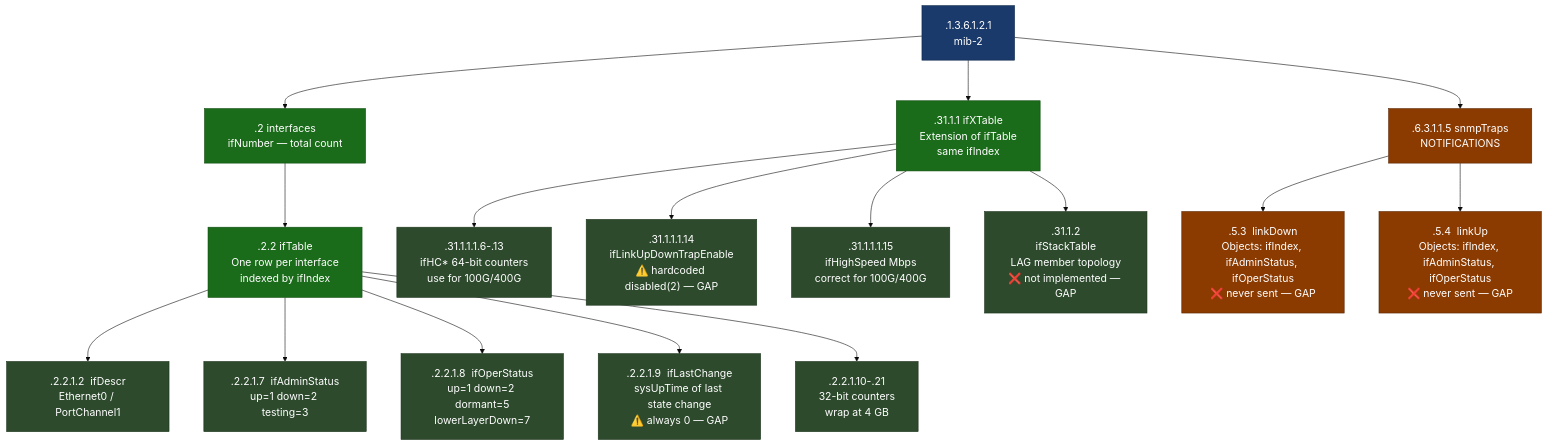
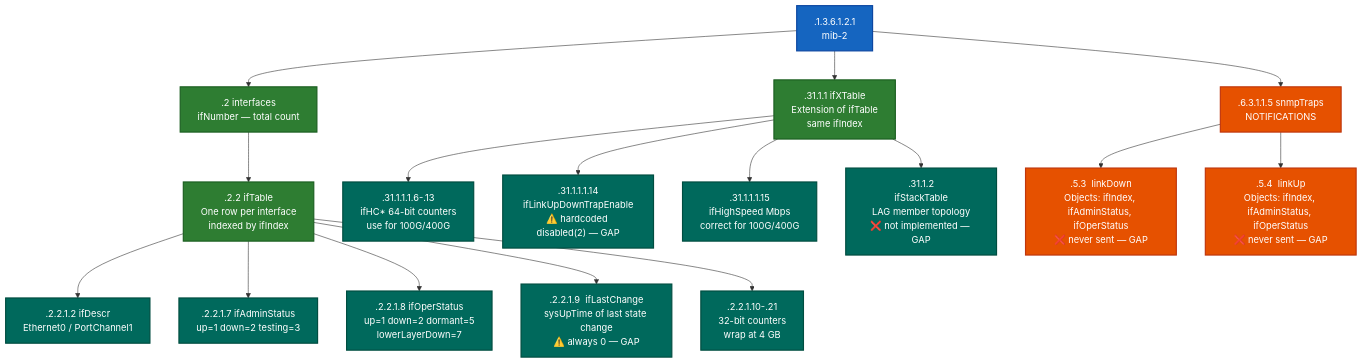
Before and after one commit to thongal-upscale/sonic-snmpagent: the fifth of 17 diagrams in docs/nms_compliance_gaps.md, drawn with Mermaid. The commit also changed other lines of this file, not shown here.

Commit message:
docs: redesign diagrams with vibrant colors, expand pytest lifecycle, add BGP AgentX container

````diff
--- a/docs/nms_compliance_gaps.md
+++ b/docs/nms_compliance_gaps.md
@@ -344,32 +409,31 @@
 ```mermaid
-%%{init: {'theme': 'base', 'themeVariables': {'fontSize': '18px', 'lineHeight': '1.5'}, 'flowchart': {'nodeSpacing': 60, 'rankSpacing': 70, 'padding': 20}, 'sequence': {'actorFontSize': 18, 'noteFontSize': 17, 'messageFontSize': 17}}}%%
 graph TD
-    classDef root fill:#1a3a6b,color:#fff,stroke:#0d2545
-    classDef table fill:#1a6b1a,color:#fff,stroke:#0d4a0d
-    classDef obj fill:#2d4a2d,color:#fff,stroke:#1a331a
-    classDef notif fill:#8b3a00,color:#fff,stroke:#5a2500
+    classDef root fill:#1565C0,color:#fff,stroke:#0D47A1,stroke-width:2px
+    classDef table fill:#2E7D32,color:#fff,stroke:#1B5E20,stroke-width:2px
+    classDef obj fill:#00695C,color:#fff,stroke:#004D40,stroke-width:2px
+    classDef notif fill:#E65100,color:#fff,stroke:#BF360C,stroke-width:2px
 
     ROOT[".1.3.6.1.2.1\nmib-2"]:::root
     IF[".2  interfaces\nifNumber — total count"]:::table
     IFTABLE[".2.2  ifTable\nOne row per interface\nindexed by ifIndex"]:::table
     IFXTABLE[".31.1.1  ifXTable\nExtension of ifTable\nsame ifIndex"]:::table
     NOTIF[".6.3.1.1.5  snmpTraps\nNOTIFICATIONS"]:::notif
 
     ROOT --> IF --> IFTABLE
     ROOT --> IFXTABLE
     ROOT --> NOTIF
 
     IFTABLE --> D1[".2.2.1.2  ifDescr\nEthernet0 / PortChannel1"]:::obj
     IFTABLE --> D2[".2.2.1.7  ifAdminStatus\nup=1 down=2 testing=3"]:::obj
     IFTABLE --> D3[".2.2.1.8  ifOperStatus\nup=1 down=2 dormant=5\nlowerLayerDown=7"]:::obj
     IFTABLE --> D4[".2.2.1.9  ifLastChange\nsysUpTime of last state change\n⚠️ always 0 — GAP"]:::obj
     IFTABLE --> D5[".2.2.1.10-.21\n32-bit counters\nwrap at 4 GB"]:::obj
 
     IFXTABLE --> X1[".31.1.1.1.6-.13\nifHC* 64-bit counters\nuse for 100G/400G"]:::obj
     IFXTABLE --> X2[".31.1.1.1.14\nifLinkUpDownTrapEnable\n⚠️ hardcoded disabled(2) — GAP"]:::obj
     IFXTABLE --> X3[".31.1.1.1.15\nifHighSpeed  Mbps\ncorrect for 100G/400G"]:::obj
     IFXTABLE --> X4[".31.1.2\nifStackTable\nLAG member topology\n❌ not implemented — GAP"]:::obj
 
     NOTIF --> N1[".5.3  linkDown\nObjects: ifIndex, ifAdminStatus, ifOperStatus\n❌ never sent — GAP"]:::notif
     NOTIF --> N2[".5.4  linkUp\nObjects: ifIndex, ifAdminStatus, ifOperStatus\n❌ never sent — GAP"]:::notif
 ```
````
